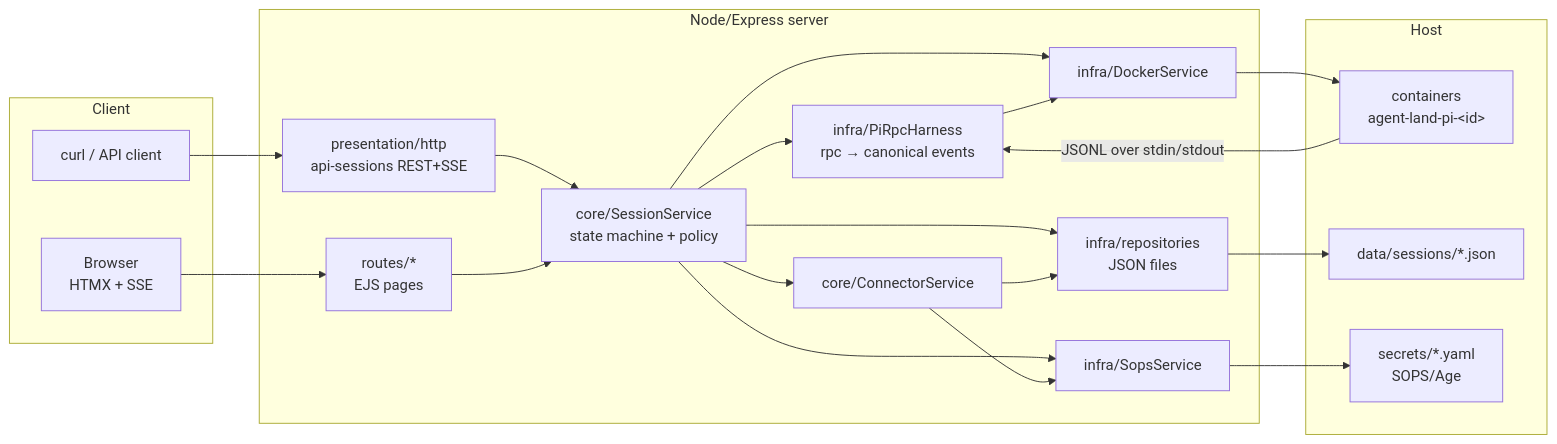
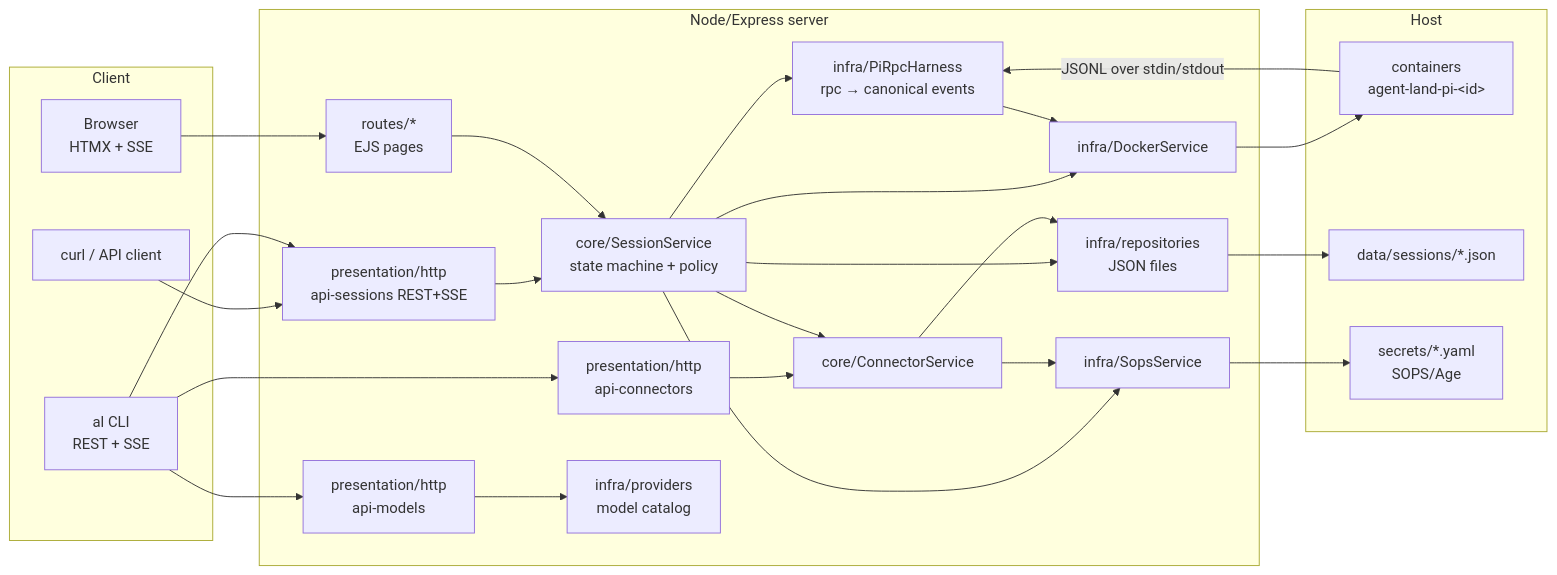
The second of 4 diagrams in docs/architecture.md (marcoklein/agent-land), drawn with Mermaid before and after one commit. The commit also changed 6 other files, not shown here.

First line of the commit message:
feat(api): add JSON API routers for connectors and models

````diff
--- a/docs/architecture.md
+++ b/docs/architecture.md
@@ -27,41 +27,50 @@
 ```mermaid
 flowchart LR
     subgraph Client
         B[Browser<br/>HTMX + SSE]
         C[curl / API client]
+        AL[al CLI<br/>REST + SSE]
     end
 
     subgraph Orchestrator [Node/Express server]
         P[presentation/http<br/>api-sessions REST+SSE]
+        PC[presentation/http<br/>api-connectors]
+        PM[presentation/http<br/>api-models]
         R[routes/*<br/>EJS pages]
         SS[core/SessionService<br/>state machine + policy]
         CS[core/ConnectorService]
         H[infra/PiRpcHarness<br/>rpc → canonical events]
         D[infra/DockerService]
         SO[infra/SopsService]
         RP[infra/repositories<br/>JSON files]
+        PV[infra/providers<br/>model catalog]
     end
 
     subgraph Host
         Docker[containers<br/>agent-land-pi-&lt;id&gt;]
         F[data/sessions/*.json]
         SE[secrets/*.yaml<br/>SOPS/Age]
     end
 
     B --> R
     C --> P
+    AL --> P
+    AL --> PC
+    AL --> PM
     P --> SS
+    PC --> CS
+    PM --> PV
     R --> SS
     SS --> H
     SS --> CS
     SS --> D
     SS --> SO
     SS --> RP
     H --> D
     CS --> RP
     CS --> SO
     D --> Docker
     RP --> F
     SO --> SE
     Docker -- "JSONL over stdin/stdout" --> H
 ```
````
